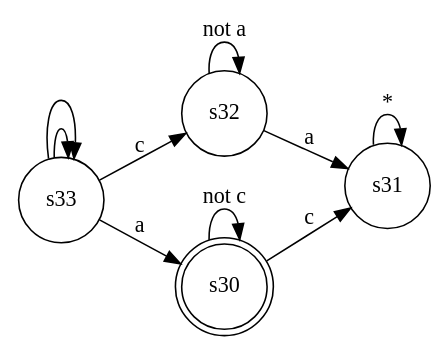
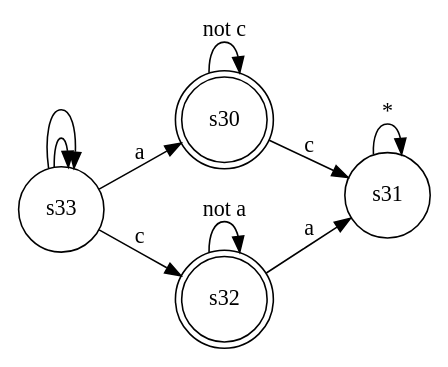
The diagram in Grounding/A3.dot (Aleee01/DeclareToPDDL), drawn with Graphviz before and after one commit. The commit also changed 6 other files, not shown here.

```diff
--- a/Grounding/A3.dot
+++ b/Grounding/A3.dot
@@ -1,24 +1,22 @@
 digraph ExclusiveChoice {
     rankdir=LR;
     
     // Stati
-    node [shape = circle];
-    s31;
-    s32;
-    s33;
+    s31 [shape = circle];
+    s33 [shape = circle, initial = true];
     
     // Stato finale
-    node [shape = doublecircle];
-    s30;
+    s30  [shape = doublecircle];
+    s32 [shape = doublecircle];
     
     // Transizioni
     s30 -> s30 [label="not c"];
     s32 -> s32 [label="not a"];
     s33 -> s33 [labe="not a"];
     s33 -> s33 [labe="not c"];
     s30 -> s31 [label="c"];
     s32 -> s31 [label="a"];
     s33 -> s32 [label="c"];
     s33 -> s30 [label="a"];
     s31 -> s31 [label="*"];
 }
```
